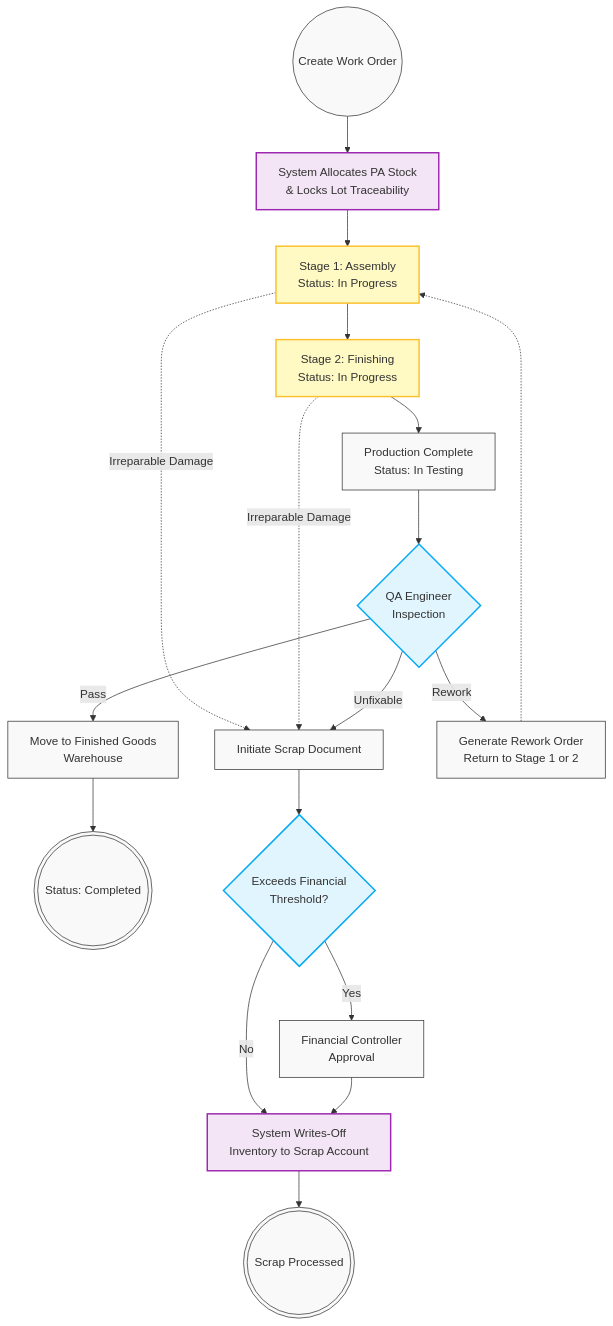
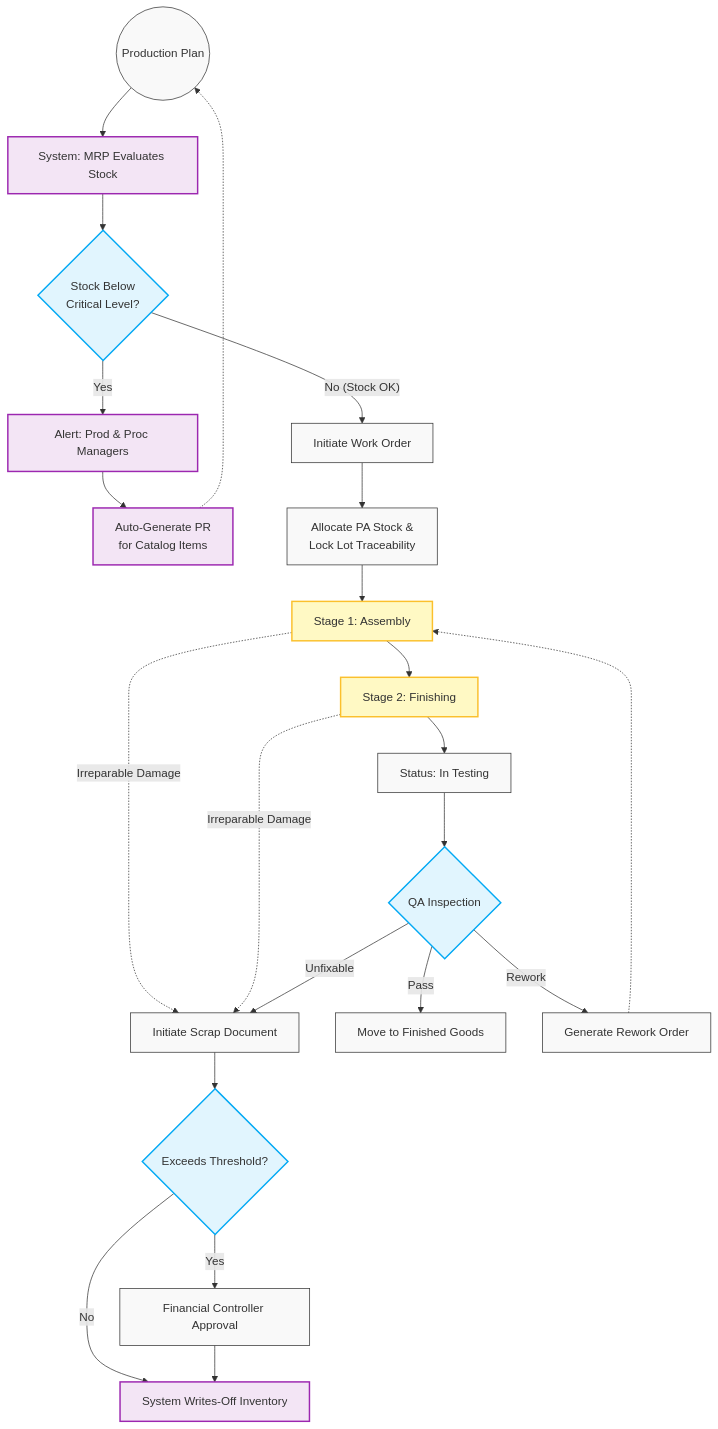
One commit to vikkimovcharenko/ERP-Lifecycle changed the diagram in 06_Manufacturing/01_Production_Execution.md. Above: the diagram before and after it, drawn with Mermaid. The commit also changed other lines of this file, not shown here.

````diff
--- a/06_Manufacturing/01_Production_Execution.md
+++ b/06_Manufacturing/01_Production_Execution.md
@@ -32,41 +37,44 @@
 ```mermaid
 flowchart TD
-    Start((Create Work Order)) --> Alloc[System Allocates PA Stock<br>& Locks Lot Traceability]
+    Plan((Production Plan)) --> MRP[System: MRP Evaluates Stock]
     
-    %% Multi-stage Routing
-    Alloc --> Stage1[Stage 1: Assembly<br>Status: In Progress]
-    Stage1 --> Stage2[Stage 2: Finishing<br>Status: In Progress]
+    %% MRP Loop
+    MRP --> StockCheck{Stock Below<br>Critical Level?}
+    StockCheck -- Yes --> Alert[Alert: Prod & Proc Managers]
+    Alert --> AutoPR[Auto-Generate PR<br>for Catalog Items]
+    AutoPR -.-> Plan
     
-    %% In-Process Scrap
+    %% Execution
+    StockCheck -- No (Stock OK) --> WO[Initiate Work Order]
+    WO --> Alloc[Allocate PA Stock &<br>Lock Lot Traceability]
+    
+    Alloc --> Stage1[Stage 1: Assembly]
+    Stage1 --> Stage2[Stage 2: Finishing]
+    
+    %% Scrap & Rework
     Stage1 -. Irreparable Damage .-> ScrapDoc[Initiate Scrap Document]
     Stage2 -. Irreparable Damage .-> ScrapDoc
     
-    %% QA Process
-    Stage2 --> Test[Production Complete<br>Status: In Testing]
-    Test --> QA{QA Engineer<br>Inspection}
+    Stage2 --> Test[Status: In Testing]
+    Test --> QA{QA Inspection}
     
-    QA -- Pass --> FG[Move to Finished Goods<br>Warehouse]
-    FG --> End1(((Status: Completed)))
-    
-    QA -- Rework --> ReworkOrder[Generate Rework Order<br>Return to Stage 1 or 2]
+    QA -- Pass --> FG[Move to Finished Goods]
+    QA -- Rework --> ReworkOrder[Generate Rework Order]
     ReworkOrder -.-> Stage1
-    
     QA -- Unfixable --> ScrapDoc
     
-    %% Financial Write-off
-    ScrapDoc --> FinCheck{Exceeds Financial<br>Threshold?}
-    FinCheck -- Yes --> FinApprove[Financial Controller<br>Approval]
-    FinCheck -- No --> WriteOff
-    FinApprove --> WriteOff[System Writes-Off<br>Inventory to Scrap Account]
-    WriteOff --> End2(((Scrap Processed)))
+    ScrapDoc --> FinCheck{Exceeds Threshold?}
+    FinCheck -- Yes --> FinApprove[Financial Controller Approval]
+    FinCheck -- No --> WriteOff[System Writes-Off Inventory]
+    FinApprove --> WriteOff
 
     classDef default fill:#f9f9f9,stroke:#333,stroke-width:1px;
     classDef decision fill:#e1f5fe,stroke:#03a9f4,stroke-width:2px;
     classDef sysAction fill:#f3e5f5,stroke:#9c27b0,stroke-width:2px;
     classDef highlight fill:#fff9c4,stroke:#fbc02d,stroke-width:2px;
     
-    class QA,FinCheck decision;
-    class Alloc,WriteOff sysAction;
+    class StockCheck,QA,FinCheck decision;
+    class MRP,Alert,AutoPR,WriteOff sysAction;
     class Stage1,Stage2 highlight;
 
 ```
````
